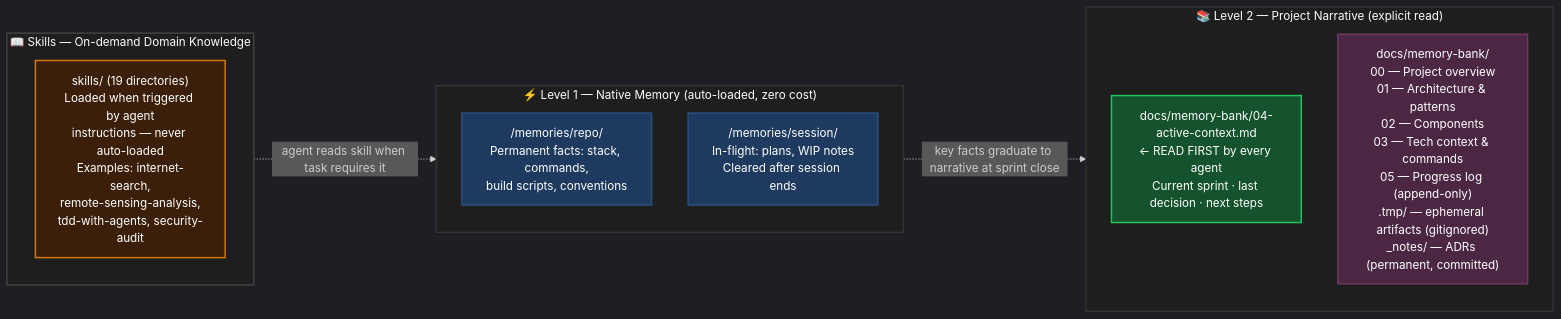
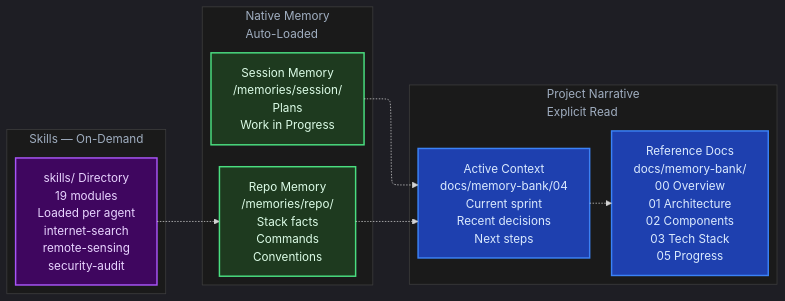
One commit to ils15/pantheon changed the third of 4 diagrams in README.md. Above: the diagram before and after it, drawn with Mermaid. The commit also changed other lines of this file, not shown here.

First line of the commit message:
docs: upgrade Mermaid diagrams to professional enterprise design

````diff
--- a/README.md
+++ b/README.md
@@ -318,32 +381,37 @@
 ```mermaid
-%%{init: {'theme': 'dark'}}%%
+---
+config:
+  look: classic
+  theme: dark
+  layout: elk
+---
 flowchart LR
-    classDef skills fill:#3b1f08,stroke:#d97706,stroke-width:2px,color:#fff
-    classDef level1 fill:#1e3a5f,stroke:#2a5082,stroke-width:2px,color:#fff
-    classDef level2a fill:#14532d,stroke:#22c55e,stroke-width:2px,color:#fff
-    classDef level2b fill:#4b2743,stroke:#6e3962,stroke-width:2px,color:#fff
+    classDef tier1 fill:#1e3a1f,stroke:#4ade80,stroke-width:2px,color:#dcfce7
+    classDef tier2a fill:#1e40af,stroke:#3b82f6,stroke-width:2px,color:#dbeafe
+    classDef tier2b fill:#3f065f,stroke:#a855f7,stroke-width:2px,color:#e9d5ff
+    classDef container fill:#2d3748,stroke:#4a5568,stroke-width:1px,color:#cbd5e0
 
-    subgraph L0["📖 Skills — On-demand Domain Knowledge"]
-        direction TB
-        SK["skills/ (19 directories)<br/>Loaded when triggered by agent<br/>instructions — never auto-loaded<br/>Examples: internet-search,<br/>remote-sensing-analysis,<br/>tdd-with-agents, security-audit"]:::skills
+    subgraph L0["Skills — On-Demand"]
+        SK["skills/ Directory<br/>19 modules<br/>Loaded per agent<br/>internet-search<br/>remote-sensing<br/>security-audit"]:::tier2b
     end
 
-    subgraph L1["⚡ Level 1 — Native Memory (auto-loaded, zero cost)"]
-        direction TB
-        MR["/memories/repo/<br/>Permanent facts: stack, commands,<br/>build scripts, conventions"]:::level1
-        MS["/memories/session/<br/>In-flight: plans, WIP notes<br/>Cleared after session ends"]:::level1
+    subgraph L1["Native Memory<br/>Auto-Loaded"]
+        MR["Repo Memory<br/>/memories/repo/<br/>Stack facts<br/>Commands<br/>Conventions"]:::tier1
+        MS["Session Memory<br/>/memories/session/<br/>Plans<br/>Work in Progress"]:::tier1
     end
 
-    subgraph L2["📚 Level 2 — Project Narrative (explicit read)"]
-        direction TB
-        AC["docs/memory-bank/04-active-context.md<br/>← READ FIRST by every agent<br/>Current sprint · last decision · next steps"]:::level2a
-        MB["docs/memory-bank/<br/>00 — Project overview<br/>01 — Architecture & patterns<br/>02 — Components<br/>03 — Tech context & commands<br/>05 — Progress log (append-only)<br/>.tmp/ — ephemeral artifacts (gitignored)<br/>_notes/ — ADRs (permanent, committed)"]:::level2b
+    subgraph L2["Project Narrative<br/>Explicit Read"]
+        AC["Active Context<br/>docs/memory-bank/04<br/>Current sprint<br/>Recent decisions<br/>Next steps"]:::tier2a
+        
+        MB["Reference Docs<br/>docs/memory-bank/<br/>00 Overview<br/>01 Architecture<br/>02 Components<br/>03 Tech Stack<br/>05 Progress"]:::tier2a
     end
 
-    L0 -. "agent reads skill when task requires it" .-> L1
-    L1 -. "key facts graduate to narrative at sprint close" .-> L2
+    SK -.-> MR
+    MR -.-> AC
+    MS -.-> AC
+    AC -.-> MB
 
-    style L0 fill:#1e1e1e,stroke:#444,stroke-width:2px
-    style L1 fill:#1e1e1e,stroke:#333,stroke-width:2px
-    style L2 fill:#1e1e1e,stroke:#333,stroke-width:2px
+    style L0 fill:#1a1a1a,stroke:#3f3f3f,stroke-width:1px,color:#a0aec0
+    style L1 fill:#1a1a1a,stroke:#3f3f3f,stroke-width:1px,color:#a0aec0
+    style L2 fill:#1a1a1a,stroke:#3f3f3f,stroke-width:1px,color:#a0aec0
 ```
````
